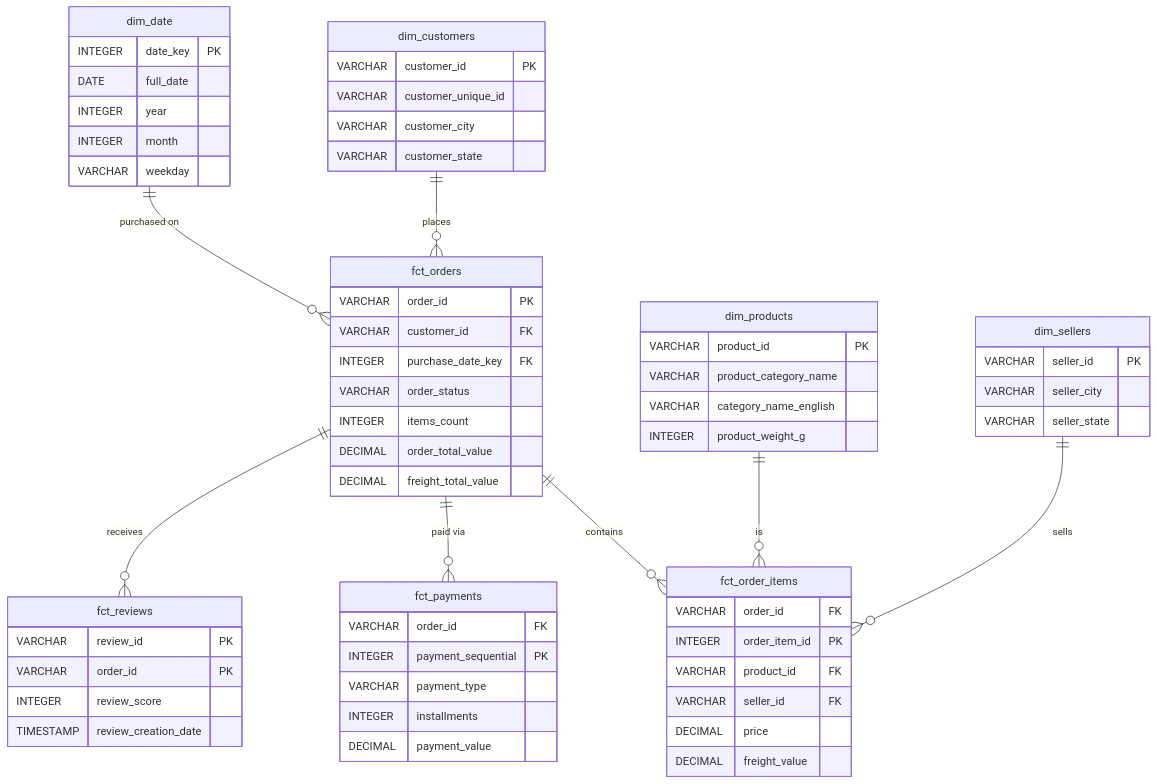
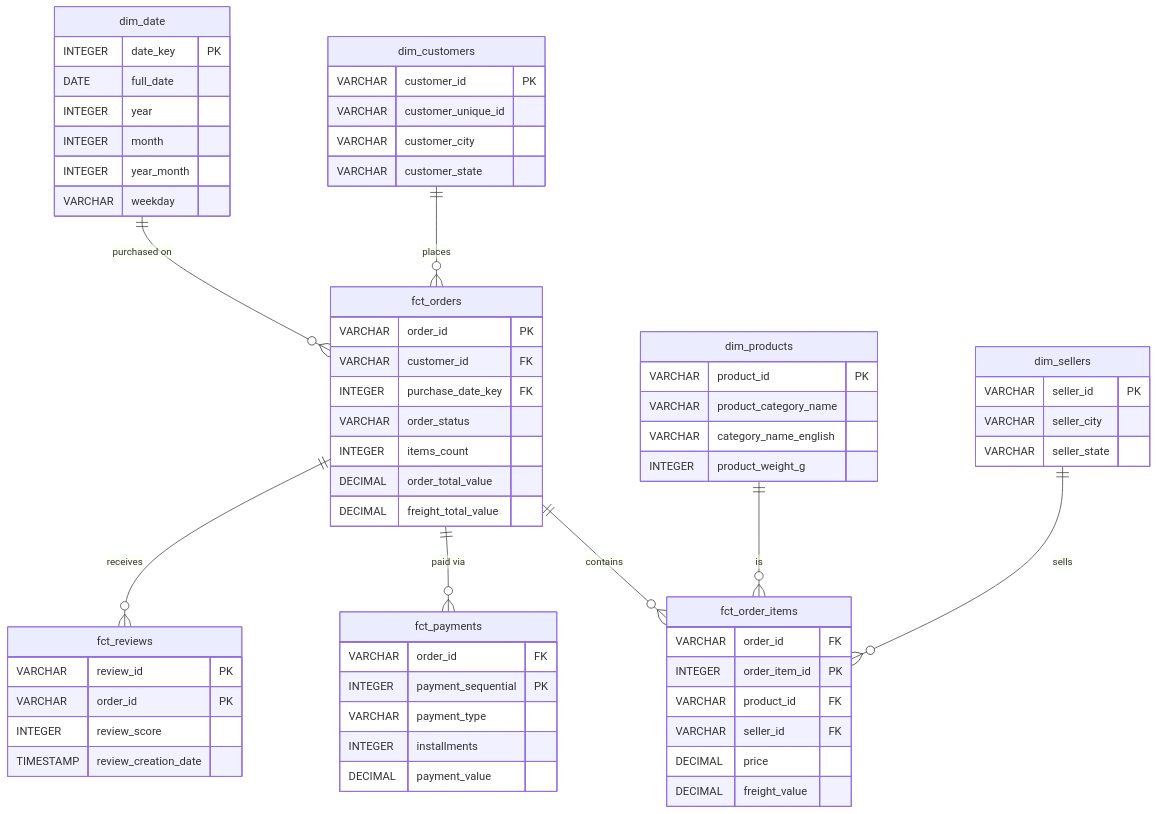
Before and after one commit to deexposito/medallion-ecommerce: the second of 2 diagrams in README.md, drawn with Mermaid. The commit also changed 1 other file, not shown here.

Commit message:
Add year_month (YYYYMM) to dim_date
Requested for time-series charts: month alone would merge Jan 2017
and Jan 2018 into the same bucket. ERD updated to match (README and
the Obsidian project note).

````diff
--- a/README.md
+++ b/README.md
@@ -93,65 +93,66 @@
 ```mermaid
 erDiagram
   dim_customers ||--o{ fct_orders : places
   dim_date ||--o{ fct_orders : "purchased on"
   fct_orders ||--o{ fct_order_items : contains
   dim_products ||--o{ fct_order_items : is
   dim_sellers ||--o{ fct_order_items : sells
   fct_orders ||--o{ fct_payments : "paid via"
   fct_orders ||--o{ fct_reviews : receives
 
   dim_customers {
     VARCHAR customer_id PK
     VARCHAR customer_unique_id
     VARCHAR customer_city
     VARCHAR customer_state
   }
   dim_products {
     VARCHAR product_id PK
     VARCHAR product_category_name
     VARCHAR category_name_english
     INTEGER product_weight_g
   }
   dim_sellers {
     VARCHAR seller_id PK
     VARCHAR seller_city
     VARCHAR seller_state
   }
   dim_date {
     INTEGER date_key PK
     DATE full_date
     INTEGER year
     INTEGER month
+    INTEGER year_month
     VARCHAR weekday
   }
   fct_orders {
     VARCHAR order_id PK
     VARCHAR customer_id FK
     INTEGER purchase_date_key FK
     VARCHAR order_status
     INTEGER items_count
     DECIMAL order_total_value
     DECIMAL freight_total_value
   }
   fct_order_items {
     VARCHAR order_id FK
     INTEGER order_item_id PK
     VARCHAR product_id FK
     VARCHAR seller_id FK
     DECIMAL price
     DECIMAL freight_value
   }
   fct_payments {
     VARCHAR order_id FK
     INTEGER payment_sequential PK
     VARCHAR payment_type
     INTEGER installments
     DECIMAL payment_value
   }
   fct_reviews {
     VARCHAR review_id PK
     VARCHAR order_id PK
     INTEGER review_score
     TIMESTAMP review_creation_date
   }
 ```
````
